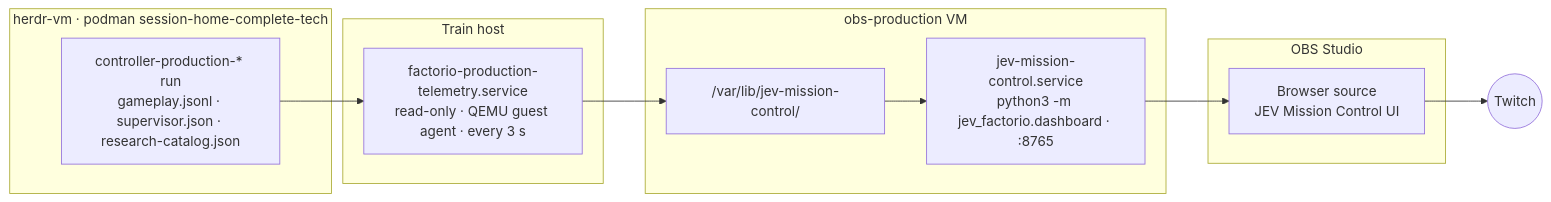
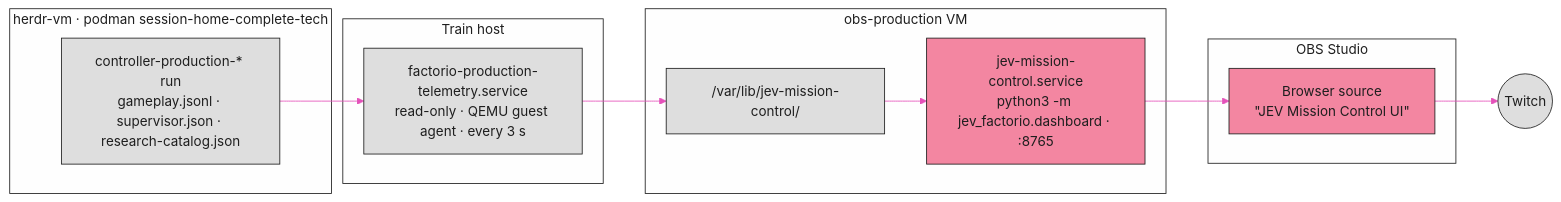
Before and after one commit to jevplays-games/jev-factorio-mission-control: the diagram in README.md, drawn with Mermaid. The commit also changed other lines of this file and 12 other files, not shown here.

````diff
--- a/README.md
+++ b/README.md
@@ -60,17 +67,27 @@
 ```mermaid
 flowchart LR
     subgraph HERDR["herdr-vm · podman session-home-complete-tech"]
         RUN["controller-production-* run<br/>gameplay.jsonl · supervisor.json · research-catalog.json"]
     end
     subgraph TRAIN["Train host"]
         MIRROR["factorio-production-telemetry.service<br/>read-only · QEMU guest agent · every 3 s"]
     end
     subgraph OBSVM["obs-production VM"]
         DATA["/var/lib/jev-mission-control/"]
         DASH["jev-mission-control.service<br/>python3 -m jev_factorio.dashboard · :8765"]
     end
     subgraph OBS["OBS Studio"]
-        SRC["Browser source<br/>JEV Mission Control UI"]
+        SRC["Browser source<br/>#quot;JEV Mission Control UI#quot;"]
     end
     RUN --> MIRROR --> DATA --> DASH --> SRC --> TWITCH(("Twitch"))
+
+    classDef jev fill:#F386A1,stroke:#1E1E1E,color:#1E1E1E
+    classDef box fill:#DEDEDE,stroke:#1E1E1E,color:#1E1E1E
+    class DASH,SRC jev
+    class RUN,MIRROR,DATA,TWITCH box
+    style HERDR fill:#FEFEFE,stroke:#1E1E1E,color:#1E1E1E
+    style TRAIN fill:#FEFEFE,stroke:#1E1E1E,color:#1E1E1E
+    style OBSVM fill:#FEFEFE,stroke:#1E1E1E,color:#1E1E1E
+    style OBS fill:#FEFEFE,stroke:#1E1E1E,color:#1E1E1E
+    linkStyle default stroke:#E551BA
 ```
````
